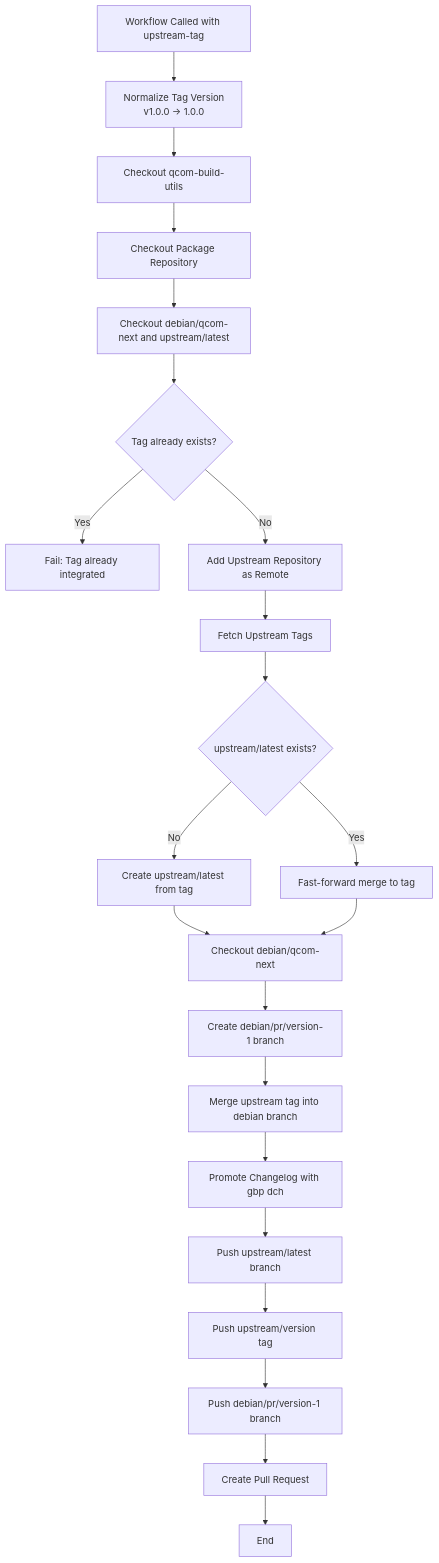
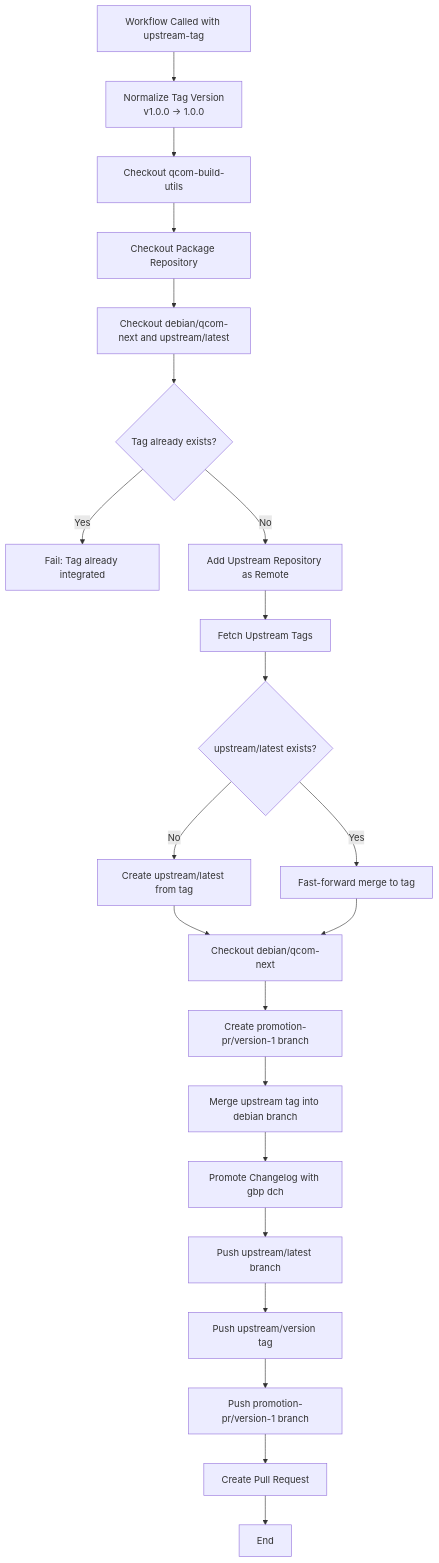
The third of 7 diagrams in docs/reusable-workflows.md (qualcomm-linux/qcom-build-utils), drawn with Mermaid before and after one commit. The commit also changed other lines of this file and 7 other files, not shown here.

First line of the commit message:
promote: use promotion-pr branch prefix

````diff
--- a/docs/reusable-workflows.md
+++ b/docs/reusable-workflows.md
@@ -218,24 +218,24 @@
 ```mermaid
 flowchart TD
     A[Workflow Called with upstream-tag] --> B[Normalize Tag Version<br/>v1.0.0 → 1.0.0]
     B --> C[Checkout qcom-build-utils]
     C --> D[Checkout Package Repository]
     D --> E[Checkout debian/qcom-next and upstream/latest]
     E --> F{Tag already exists?}
     F -->|Yes| G[Fail: Tag already integrated]
     F -->|No| H[Add Upstream Repository as Remote]
     H --> I[Fetch Upstream Tags]
     I --> J{upstream/latest exists?}
     J -->|No| K[Create upstream/latest from tag]
     J -->|Yes| L[Fast-forward merge to tag]
     K --> M[Checkout debian/qcom-next]
     L --> M
-    M --> N[Create debian/pr/version-1 branch]
+    M --> N[Create promotion-pr/version-1 branch]
     N --> O[Merge upstream tag into debian branch]
     O --> P[Promote Changelog with gbp dch]
     P --> Q[Push upstream/latest branch]
     Q --> R[Push upstream/version tag]
-    R --> S[Push debian/pr/version-1 branch]
+    R --> S[Push promotion-pr/version-1 branch]
     S --> T[Create Pull Request]
     T --> U[End]
 ```
````
